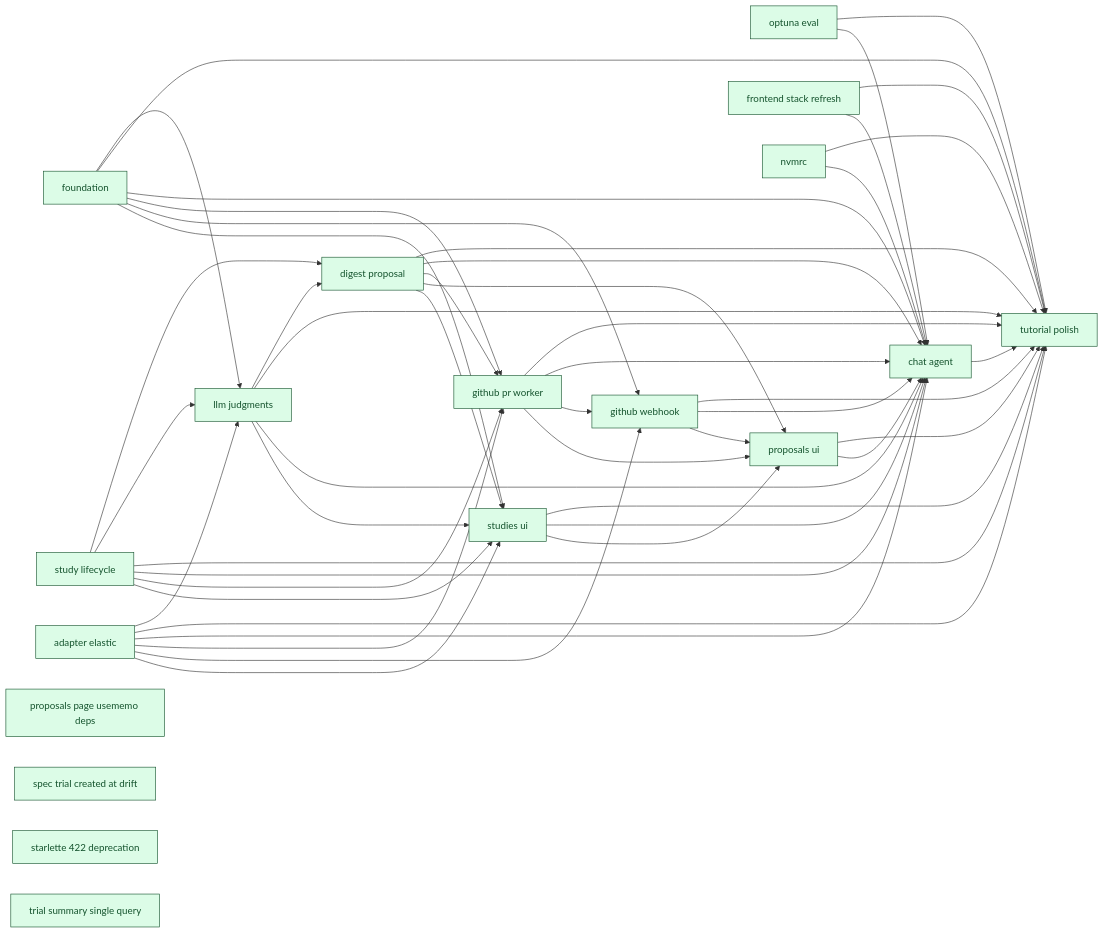
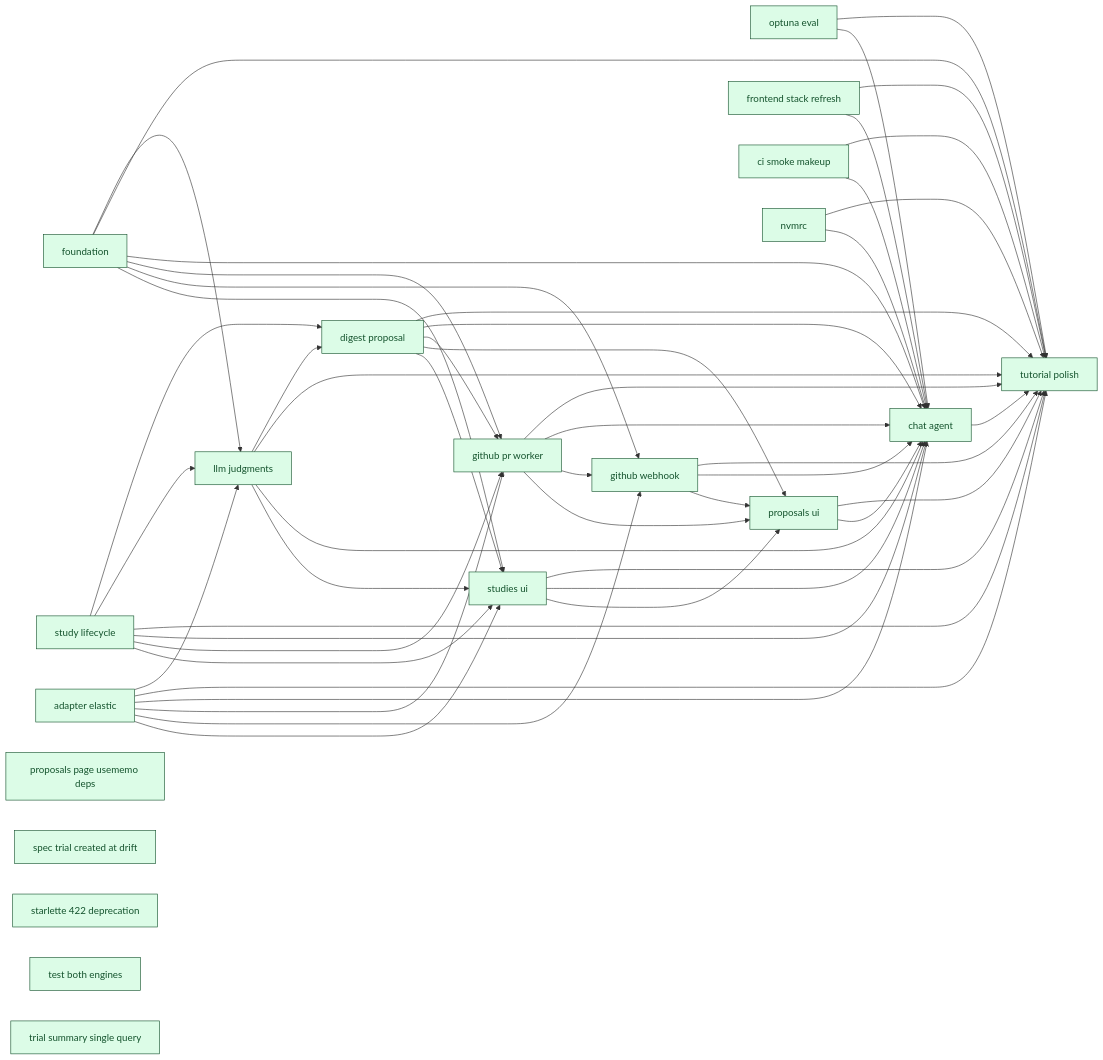
One commit to SoundMindsAI/relyloop changed the diagram in docs/00_overview/MVP1_DASHBOARD.md. Above: the diagram before and after it, drawn with Mermaid. The commit also changed other lines of this file and 4 other files, not shown here.

First line of the commit message:
chore: CI/test sweep — parametrize cluster tests + archive smoke-makeup (#82)

```diff
--- a/docs/00_overview/MVP1_DASHBOARD.md
+++ b/docs/00_overview/MVP1_DASHBOARD.md
@@ -127,8 +127,12 @@
   class chore_spec_trial_created_at_drift done;
   chore_starlette_422_deprecation["starlette 422 deprecation"]
   class chore_starlette_422_deprecation done;
+  chore_test_both_engines["test both engines"]
+  class chore_test_both_engines done;
   chore_trial_summary_single_query["trial summary single query"]
   class chore_trial_summary_single_query done;
+  infra_ci_smoke_makeup["ci smoke makeup"]
+  class infra_ci_smoke_makeup done;
   infra_nvmrc["nvmrc"]
   class infra_nvmrc done;
   feat_study_lifecycle --> feat_digest_proposal
@@ -145,6 +149,7 @@
   feat_studies_ui --> chore_tutorial_polish
   feat_study_lifecycle --> chore_tutorial_polish
   infra_adapter_elastic --> chore_tutorial_polish
+  infra_ci_smoke_makeup --> chore_tutorial_polish
   infra_foundation --> chore_tutorial_polish
   infra_frontend_stack_refresh --> chore_tutorial_polish
   infra_nvmrc --> chore_tutorial_polish
@@ -157,6 +162,7 @@
   feat_studies_ui --> feat_chat_agent
   feat_study_lifecycle --> feat_chat_agent
   infra_adapter_elastic --> feat_chat_agent
+  infra_ci_smoke_makeup --> feat_chat_agent
   infra_foundation --> feat_chat_agent
   infra_frontend_stack_refresh --> feat_chat_agent
   infra_nvmrc --> feat_chat_agent
```
